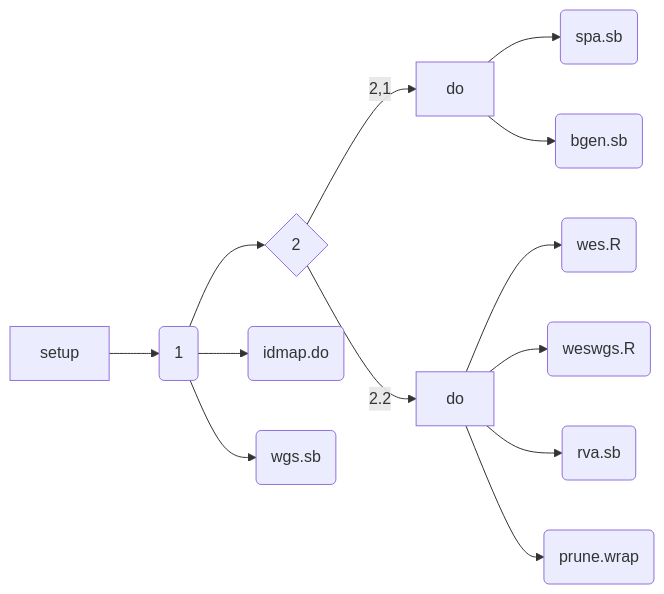
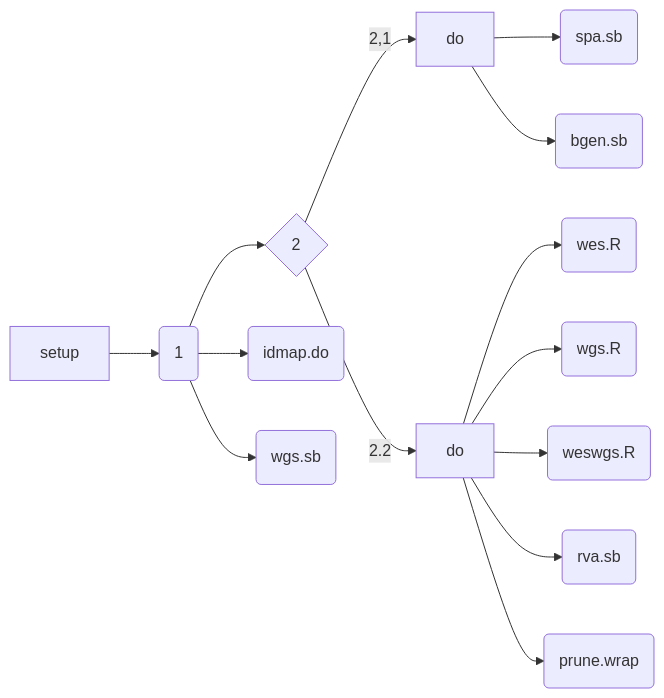
Before and after one commit to jinghuazhao/SCALLOP-Seq: the diagram in README.md, drawn with Mermaid.

````diff
--- a/README.md
+++ b/README.md
@@ -13,10 +13,10 @@
 ```mermaid
 graph LR;
 A[setup] -->B(1);
     B --> C{2}; B --> F(idmap.do); B --> I(wgs.sb);
     C -->|2,1| D[do];
-    C -->|2.2| E[do]; E --> L(wes.R); E --> M(weswgs.R);
+    C -->|2.2| E[do]; E --> L(wes.R); E --> M(wgs.R); E --> N(weswgs.R);
     D --> G(spa.sb); D --> K(bgen.sb);
     E --> H(rva.sb); E --> J(prune.wrap);
 
 ```
````
